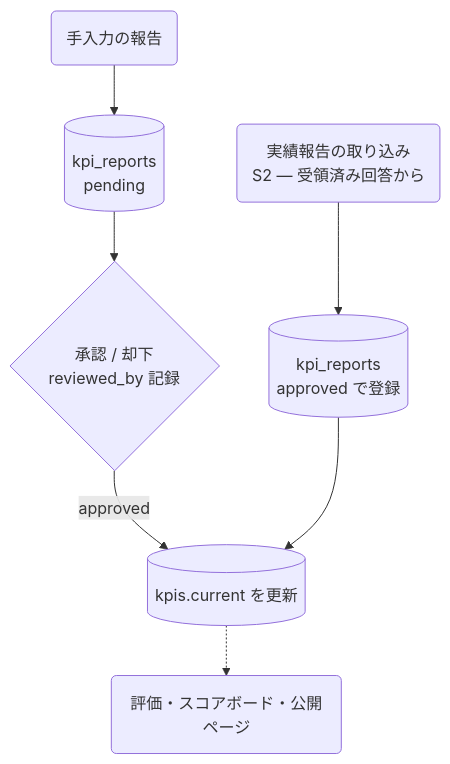
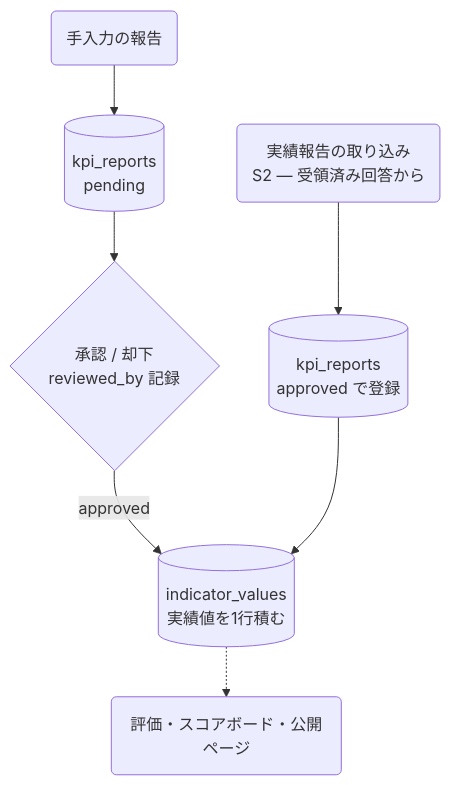
One commit to halcyon19451225/govlink-ai changed the second of 2 diagrams in app/src/content/manual/kpi-report.md. Above: the diagram before and after it, drawn with Mermaid. The commit also changed other lines of this file and 28 other files, not shown here.

````diff
--- a/app/src/content/manual/kpi-report.md
+++ b/app/src/content/manual/kpi-report.md
@@ -32,9 +32,9 @@
 ```mermaid
 flowchart TD
   IN1(手入力の報告) --> R[(kpi_reports<br/>pending)]
   IN2(実績報告の取り込み<br/>S2 — 受領済み回答から) --> R2[(kpi_reports<br/>approved で登録)]
   R --> G{承認 / 却下<br/>reviewed_by 記録}
-  G -->|approved| K[(kpis.current を更新)]
+  G -->|approved| K[(indicator_values<br/>実績値を1行積む)]
   R2 --> K
   K -.-> USE(評価・スコアボード・公開ページ)
 ```
````
